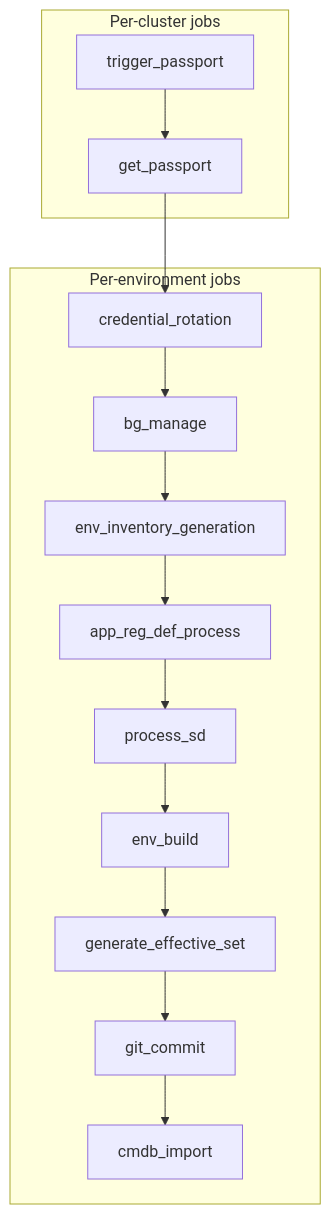
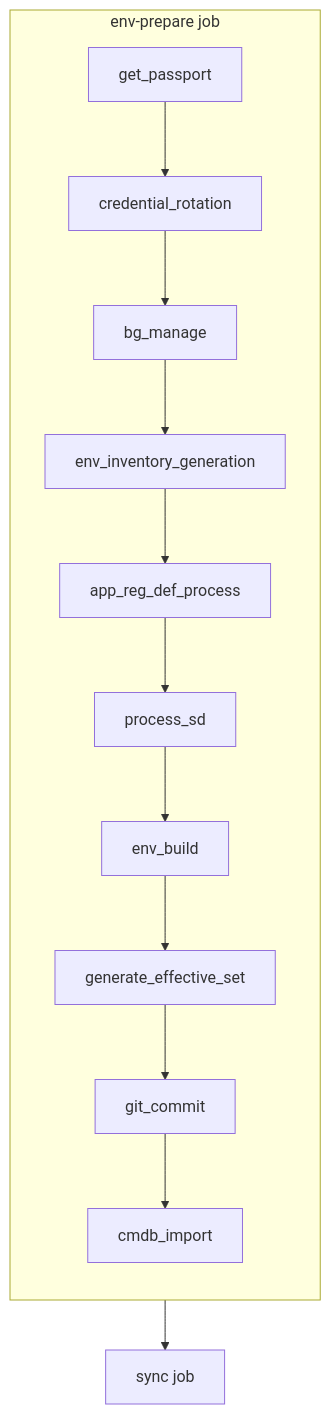
Before and after one commit to Netcracker/qubership-envgene: the diagram in docs/envgene-pipelines.md, drawn with Mermaid. The commit also changed other lines of this file and 25 other files, not shown here.

````diff
--- a/docs/envgene-pipelines.md
+++ b/docs/envgene-pipelines.md
@@ -25,17 +30,16 @@
 ```mermaid
 flowchart TB
-    subgraph passport["Per-cluster jobs"]
-        A[trigger_passport] --> B[get_passport]
+    subgraph env_prepare["env-prepare job"]
+        direction TB
+        A[get_passport] --> B[credential_rotation]
+        B --> C[bg_manage]
+        C --> D[env_inventory_generation]
+        D --> E[app_reg_def_process]
+        E --> F[process_sd]
+        F --> G[env_build]
+        G --> H[generate_effective_set]
+        H --> I[git_commit]
+        I --> J[cmdb_import]
     end
-    subgraph per_env["Per-environment jobs"]
-        C[credential_rotation] --> D[bg_manage]
-        D --> E[env_inventory_generation]
-        E --> F[app_reg_def_process]
-        F --> G[process_sd]
-        G --> H[env_build]
-        H --> I[generate_effective_set]
-        I --> J[git_commit]
-        J --> K[cmdb_import]
-    end
-    B --> C
+    env_prepare --> sync["sync job"]
 ```
````
